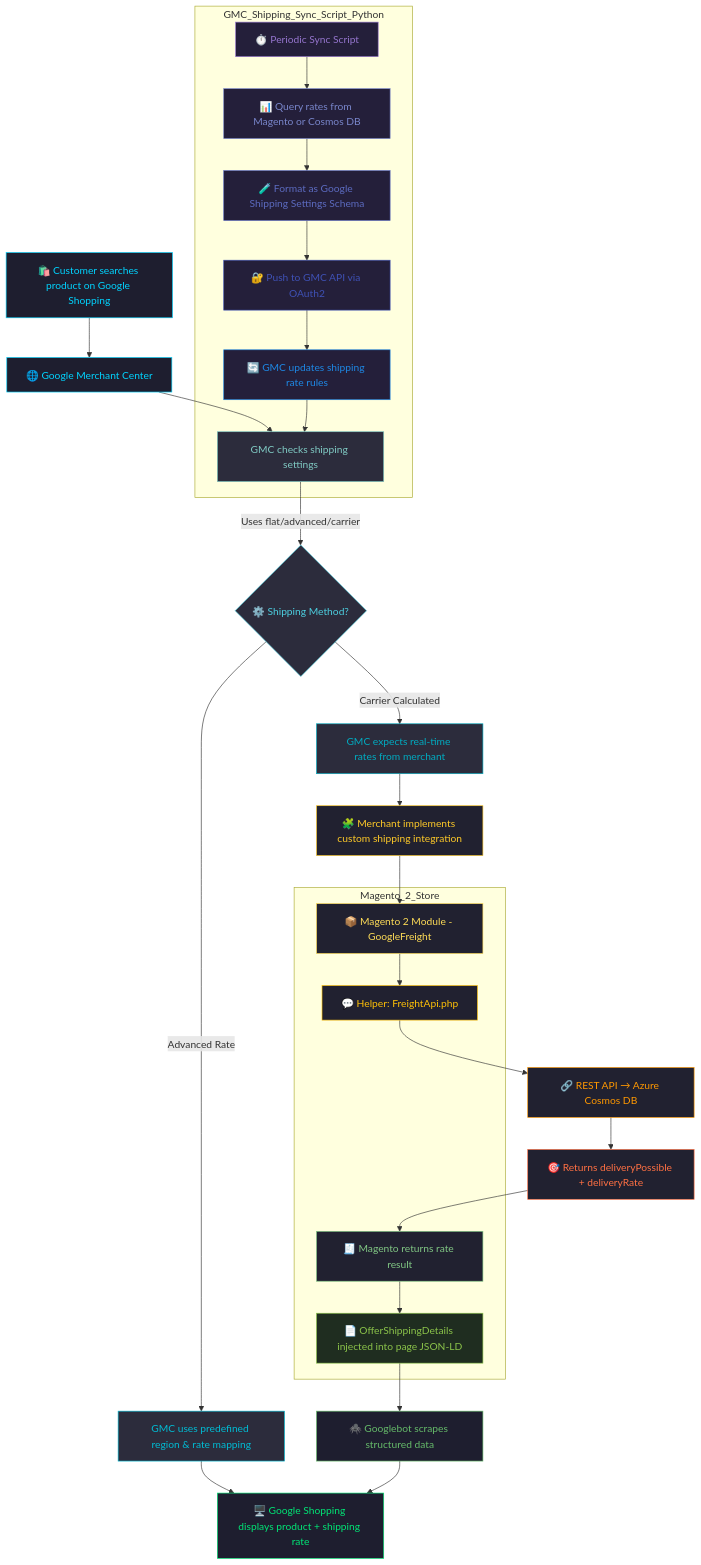
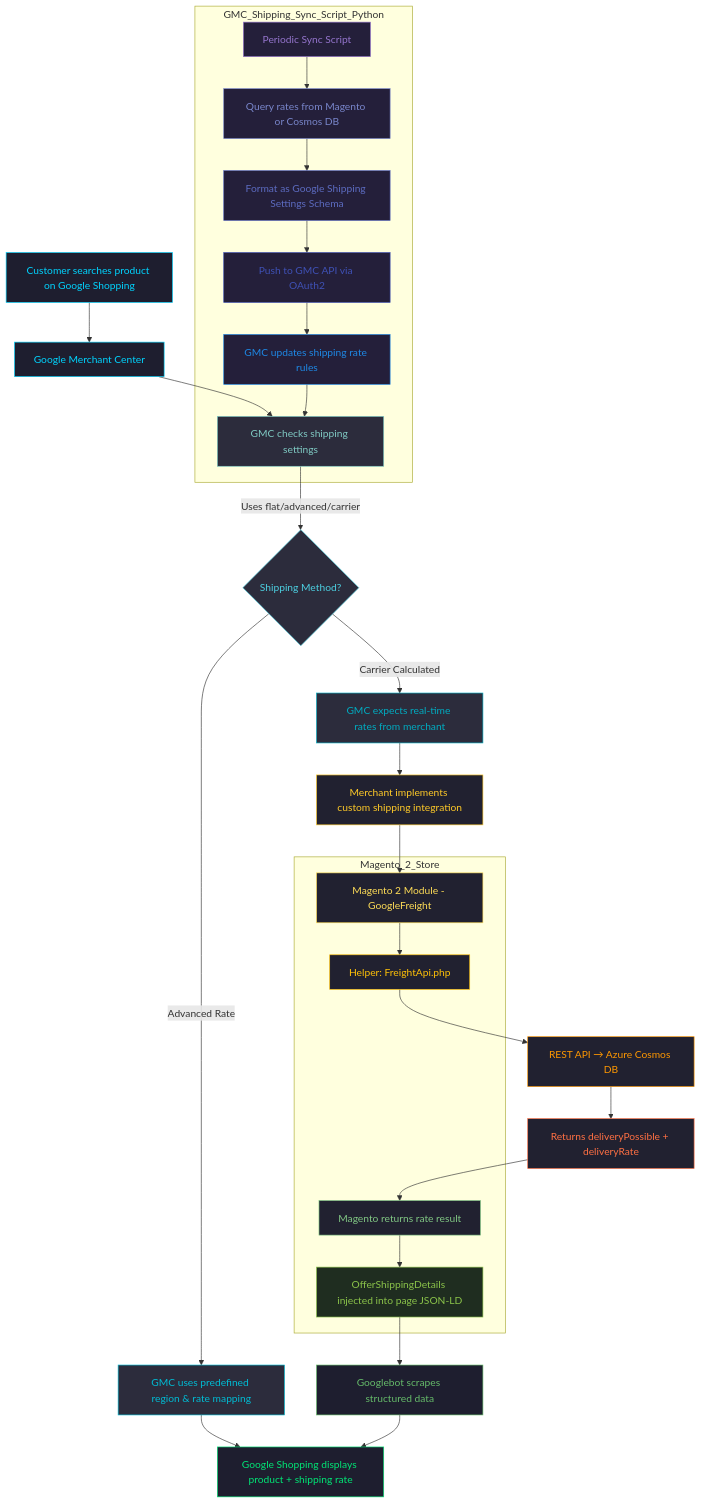
One commit to damian-dev1/diagrams changed the diagram in m2_google_shipping_flow.md. Above: the diagram before and after it, drawn with Mermaid.

`````diff
--- a/m2_google_shipping_flow.md
+++ b/m2_google_shipping_flow.md
@@ -3,66 +3,66 @@
 ```mermaid
 flowchart TD
     %% Core Flow
-    A[🛍️ Customer searches product on Google Shopping] --> B[🌐 Google Merchant Center]
+    A[Customer searches product on Google Shopping] --> B[Google Merchant Center]
     B --> C[GMC checks shipping settings]
 
-    C -->|Uses flat/advanced/carrier| D{⚙️ Shipping Method?}
+    C -->|Uses flat/advanced/carrier| D{Shipping Method?}
     
     D -->|Advanced Rate| E[GMC uses predefined region & rate mapping]
     D -->|Carrier Calculated| F[GMC expects real-time rates from merchant]
 
-    F --> G[🧩 Merchant implements custom shipping integration]
+    F --> G[Merchant implements custom shipping integration]
 
-    G --> H[📦 Magento 2 Module - GoogleFreight]
-    H --> I[💬 Helper: FreightApi.php]
-    I --> J[🔗 REST API → Azure Cosmos DB]
-    J --> K[🎯 Returns deliveryPossible + deliveryRate]
+    G --> H[Magento 2 Module - GoogleFreight]
+    H --> I[Helper: FreightApi.php]
+    I --> J[REST API → Azure Cosmos DB]
+    J --> K[Returns deliveryPossible + deliveryRate]
 
-    K --> L[🧾 Magento returns rate result]
-    L --> M[📄 OfferShippingDetails injected into page JSON-LD]
+    K --> L[Magento returns rate result]
+    L --> M[OfferShippingDetails injected into page JSON-LD]
 
-    M --> N[🕷️ Googlebot scrapes structured data]
+    M --> N[Googlebot scrapes structured data]
 
-    E --> O[🖥️ Google Shopping displays product + shipping rate]
+    E --> O[Google Shopping displays product + shipping rate]
     N --> O
 
     %% Subsystems
     subgraph Magento_2_Store
         H
         I
         L
         M
     end
 
     subgraph GMC_Shipping_Sync_Script_Python
-        P[⏱️ Periodic Sync Script]
-        P --> Q[📊 Query rates from Magento or Cosmos DB]
-        Q --> R[🧪 Format as Google Shipping Settings Schema]
-        R --> S[🔐 Push to GMC API via OAuth2]
-        S --> T[🔄 GMC updates shipping rate rules]
+        P[Periodic Sync Script]
+        P --> Q[Query rates from Magento or Cosmos DB]
+        Q --> R[Format as Google Shipping Settings Schema]
+        R --> S[Push to GMC API via OAuth2]
+        S --> T[GMC updates shipping rate rules]
         T --> C
     end
 
     %% Tokyo Midnight Styling
     style A fill:#1e1e2f,stroke:#00d4ff,color:#00d4ff
     style B fill:#1e1e2f,stroke:#00d4ff,color:#00d4ff
     style C fill:#2c2c3c,stroke:#80cbc4,color:#80cbc4
     style D fill:#2c2c3c,stroke:#4dd0e1,color:#4dd0e1
     style E fill:#2c2c3c,stroke:#00bcd4,color:#00bcd4
     style F fill:#2c2c3c,stroke:#00acc1,color:#00acc1
     style G fill:#212130,stroke:#ffca28,color:#ffca28
     style H fill:#212130,stroke:#ffdd57,color:#ffdd57
     style I fill:#212130,stroke:#ffc107,color:#ffc107
     style J fill:#212130,stroke:#ff9800,color:#ff9800
     style K fill:#212130,stroke:#ff7043,color:#ff7043
     style L fill:#212130,stroke:#81c784,color:#81c784
     style M fill:#1f2d20,stroke:#8bc34a,color:#8bc34a
     style N fill:#1e1e2f,stroke:#66bb6a,color:#66bb6a
     style O fill:#1e1e2f,stroke:#00e676,color:#00e676
     style P fill:#241f3a,stroke:#9575cd,color:#9575cd
     style Q fill:#241f3a,stroke:#7986cb,color:#7986cb
     style R fill:#241f3a,stroke:#5c6bc0,color:#5c6bc0
     style S fill:#241f3a,stroke:#3f51b5,color:#3f51b5
     style T fill:#241f3a,stroke:#1e88e5,color:#1e88e5
 
 ````
`````
